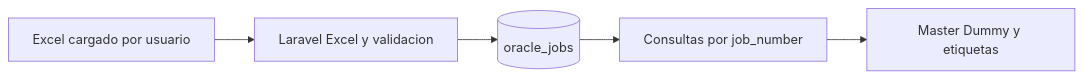
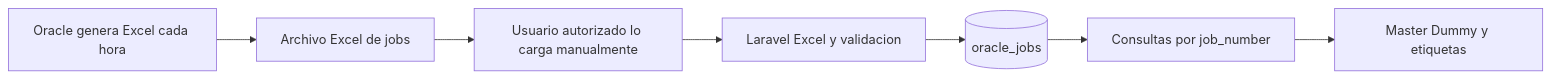
One commit to z-Nava/LabelControlSystem changed the third of 4 diagrams in docs/application-architecture.md. Above: the diagram before and after it, drawn with Mermaid. The commit also changed other lines of this file, not shown here.

Commit message:
architecture doc

````diff
--- a/docs/application-architecture.md
+++ b/docs/application-architecture.md
@@ -85,7 +103,9 @@
 ```mermaid
 flowchart LR
-    archivo["Excel cargado por usuario"] --> importador["Laravel Excel y validacion"]
+    origen["Oracle genera Excel cada hora"] --> archivo["Archivo Excel de jobs"]
+    archivo --> usuario["Usuario autorizado lo carga manualmente"]
+    usuario --> importador["Laravel Excel y validacion"]
     importador --> jobs[(oracle_jobs)]
     jobs --> consultas["Consultas por job_number"]
     consultas --> solicitudes["Master Dummy y etiquetas"]
 ```
````
